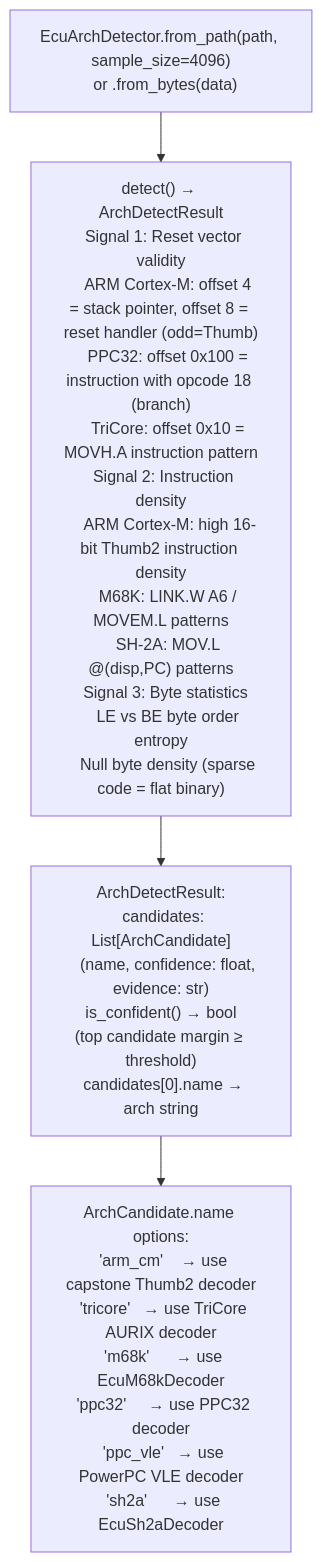
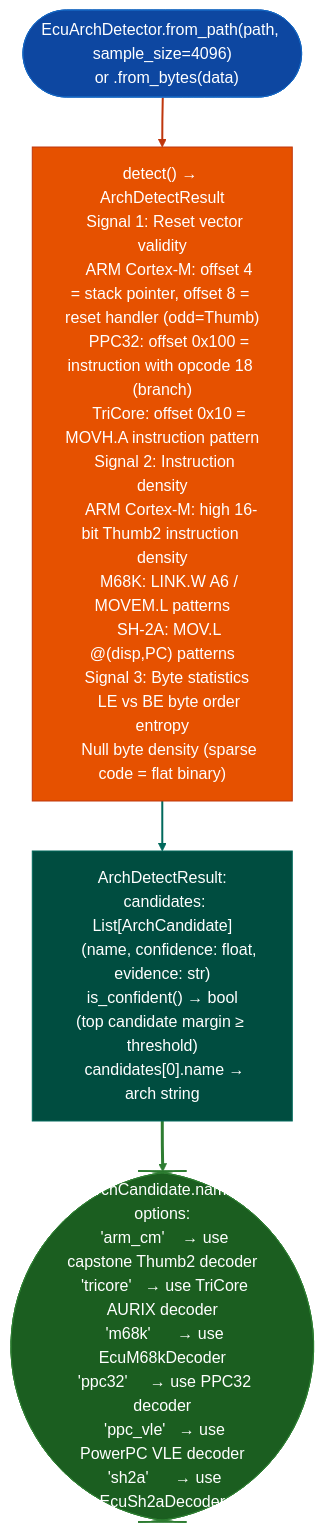
The diagram in docs/reference-modules/flat-rom-function-discovery.md (Ablation-Tool/ablation), drawn with Mermaid before and after one commit. The commit also changed 320 other files, not shown here.

First line of the commit message:
docs: apply canonical Mermaid template to all 321 diagrams

````diff
--- a/docs/reference-modules/flat-rom-function-discovery.md
+++ b/docs/reference-modules/flat-rom-function-discovery.md
@@ -19,6 +19,15 @@
 ```mermaid
 flowchart TD
-    A["EcuArchDetector.from_path(path, sample_size=4096)\n  or .from_bytes(data)"] --> B["detect() → ArchDetectResult\n  Signal 1: Reset vector validity\n    ARM Cortex-M: offset 4 = stack pointer, offset 8 = reset handler (odd=Thumb)\n    PPC32: offset 0x100 = instruction with opcode 18 (branch)\n    TriCore: offset 0x10 = MOVH.A instruction pattern\n  Signal 2: Instruction density\n    ARM Cortex-M: high 16-bit Thumb2 instruction density\n    M68K: LINK.W A6 / MOVEM.L patterns\n    SH-2A: MOV.L @(disp,PC) patterns\n  Signal 3: Byte statistics\n    LE vs BE byte order entropy\n    Null byte density (sparse code = flat binary)"]
-    B --> C["ArchDetectResult:\n  candidates: List[ArchCandidate]\n    (name, confidence: float, evidence: str)\n  is_confident() → bool  (top candidate margin ≥ threshold)\n  candidates[0].name → arch string"]
-    C --> D["ArchCandidate.name options:\n  'arm_cm'    → use capstone Thumb2 decoder\n  'tricore'   → use TriCore AURIX decoder\n  'm68k'      → use EcuM68kDecoder\n  'ppc32'     → use PPC32 decoder\n  'ppc_vle'   → use PowerPC VLE decoder\n  'sh2a'      → use EcuSh2aDecoder"]
+    A(["EcuArchDetector.from_path(path, sample_size=4096)\n  or .from_bytes(data)"]):::input --> B["detect() → ArchDetectResult\n  Signal 1: Reset vector validity\n    ARM Cortex-M: offset 4 = stack pointer, offset 8 = reset handler (odd=Thumb)\n    PPC32: offset 0x100 = instruction with opcode 18 (branch)\n    TriCore: offset 0x10 = MOVH.A instruction pattern\n  Signal 2: Instruction density\n    ARM Cortex-M: high 16-bit Thumb2 instruction density\n    M68K: LINK.W A6 / MOVEM.L patterns\n    SH-2A: MOV.L @(disp,PC) patterns\n  Signal 3: Byte statistics\n    LE vs BE byte order entropy\n    Null byte density (sparse code = flat binary)"]:::primary
+    B:::primary --> C["ArchDetectResult:\n  candidates: List[ArchCandidate]\n    (name, confidence: float, evidence: str)\n  is_confident() → bool  (top candidate margin ≥ threshold)\n  candidates[0].name → arch string"]:::secondary
+    C:::secondary --> D(["ArchCandidate.name options:\n  'arm_cm'    → use capstone Thumb2 decoder\n  'tricore'   → use TriCore AURIX decoder\n  'm68k'      → use EcuM68kDecoder\n  'ppc32'     → use PPC32 decoder\n  'ppc_vle'   → use PowerPC VLE decoder\n  'sh2a'      → use EcuSh2aDecoder"]):::output
+    classDef input     fill:#0d47a1,stroke:#1565c0,color:#fff
+    classDef primary   fill:#e65100,stroke:#bf360c,color:#fff
+    classDef secondary fill:#004d40,stroke:#00695c,color:#fff
+    classDef tertiary  fill:#4a148c,stroke:#6a1b9a,color:#fff
+    classDef neutral   fill:#37474f,stroke:#546e7a,color:#fff
+    classDef output    fill:#1b5e20,stroke:#2e7d32,color:#fff
+    linkStyle 0 stroke:#bf360c,stroke-width:2px
+    linkStyle 1 stroke:#00695c,stroke-width:2px
+    linkStyle 2 stroke:#2e7d32,stroke-width:3px
 ```
````
